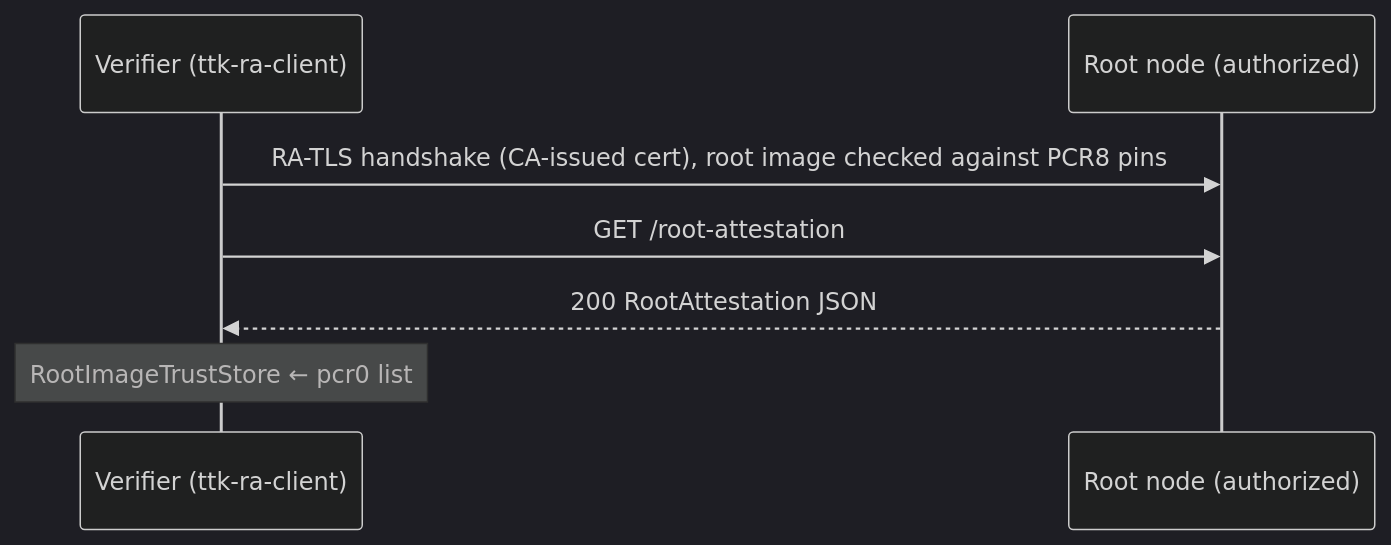
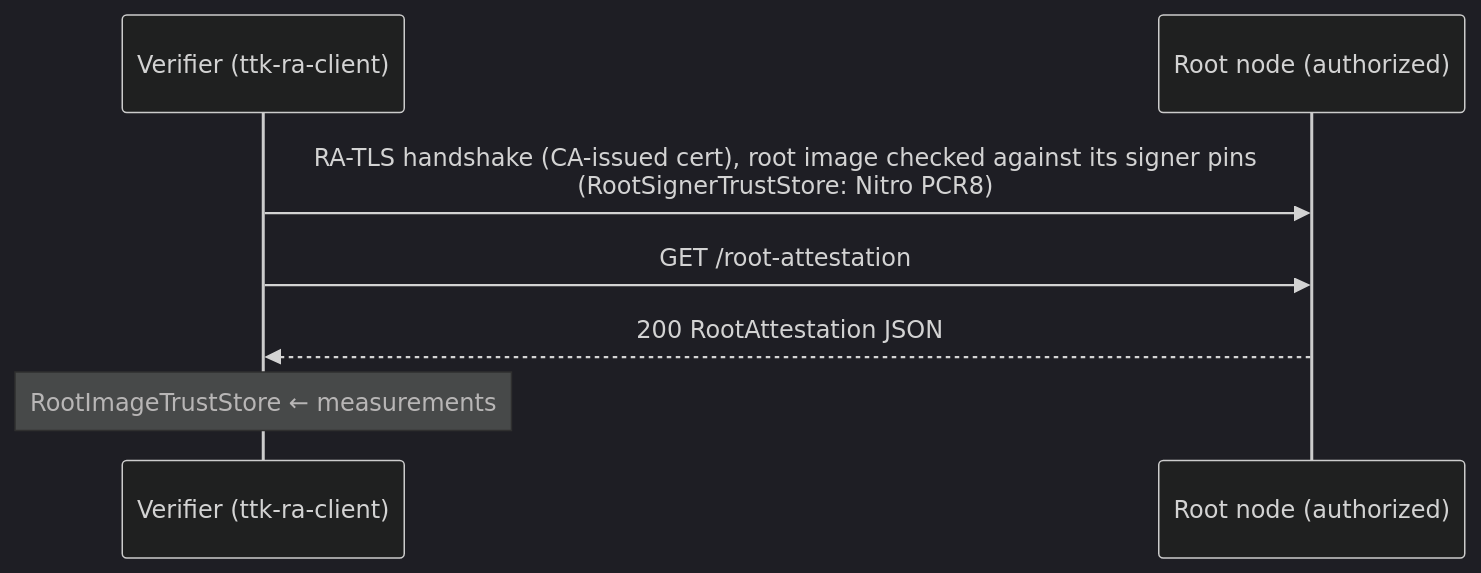
One commit to Lanetus/TTKServer changed the first of 2 diagrams in docs/src/root.md. Above: the diagram before and after it, drawn with Mermaid (dark theme). The commit also changed other lines of this file and 6 other files, not shown here.

First line of the commit message:
fix: update the mdBook architecture docs to v6.5.0 (#103)

````diff
--- a/docs/src/root.md
+++ b/docs/src/root.md
@@ -46,9 +45,9 @@
 ```mermaid
 sequenceDiagram
     participant V as Verifier (ttk-ra-client)
     participant R as Root node (authorized)
-    V->>R: RA-TLS handshake (CA-issued cert), root image checked against PCR8 pins
+    V->>R: RA-TLS handshake (CA-issued cert), root image checked against its signer pins<br/>(RootSignerTrustStore: Nitro PCR8)
     V->>R: GET /root-attestation
     R-->>V: 200 RootAttestation JSON
-    Note over V: RootImageTrustStore ← pcr0 list
+    Note over V: RootImageTrustStore ← measurements
 ```
````
